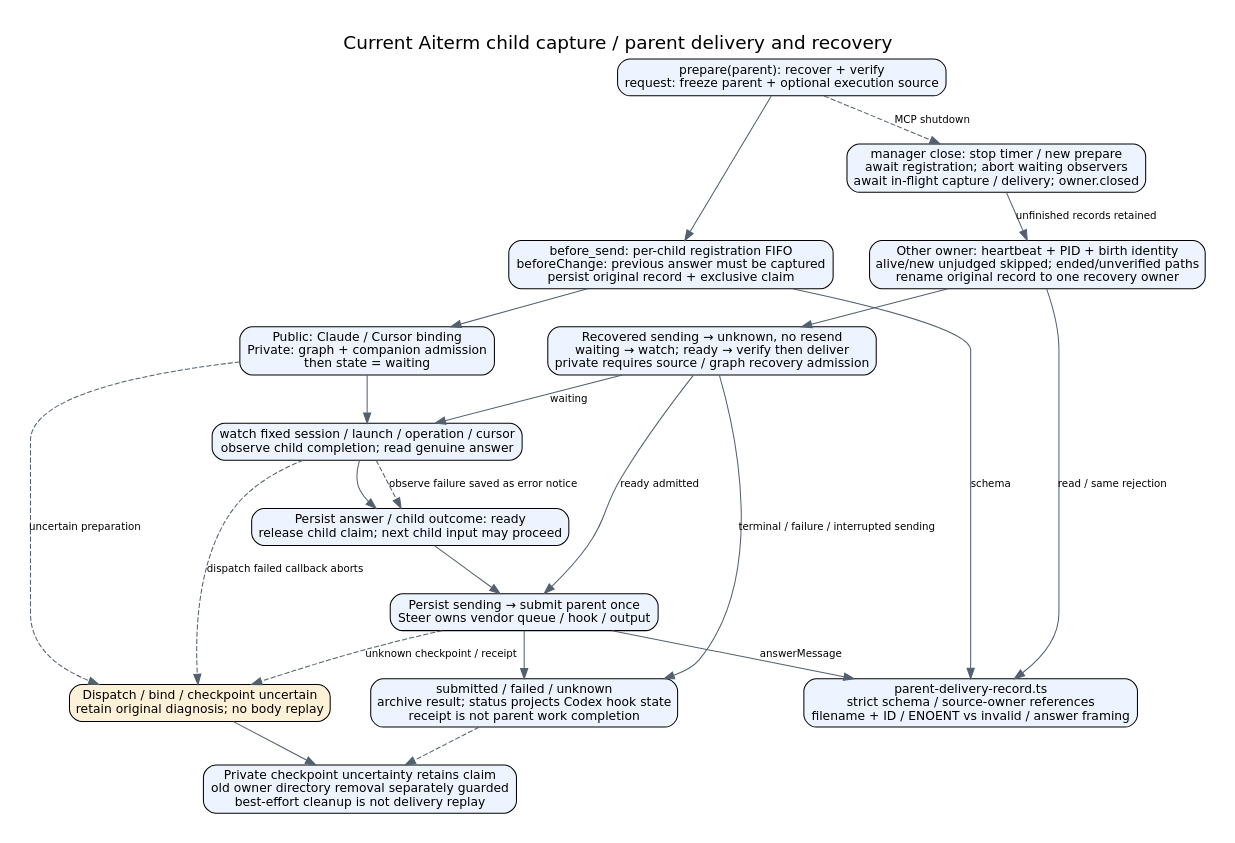
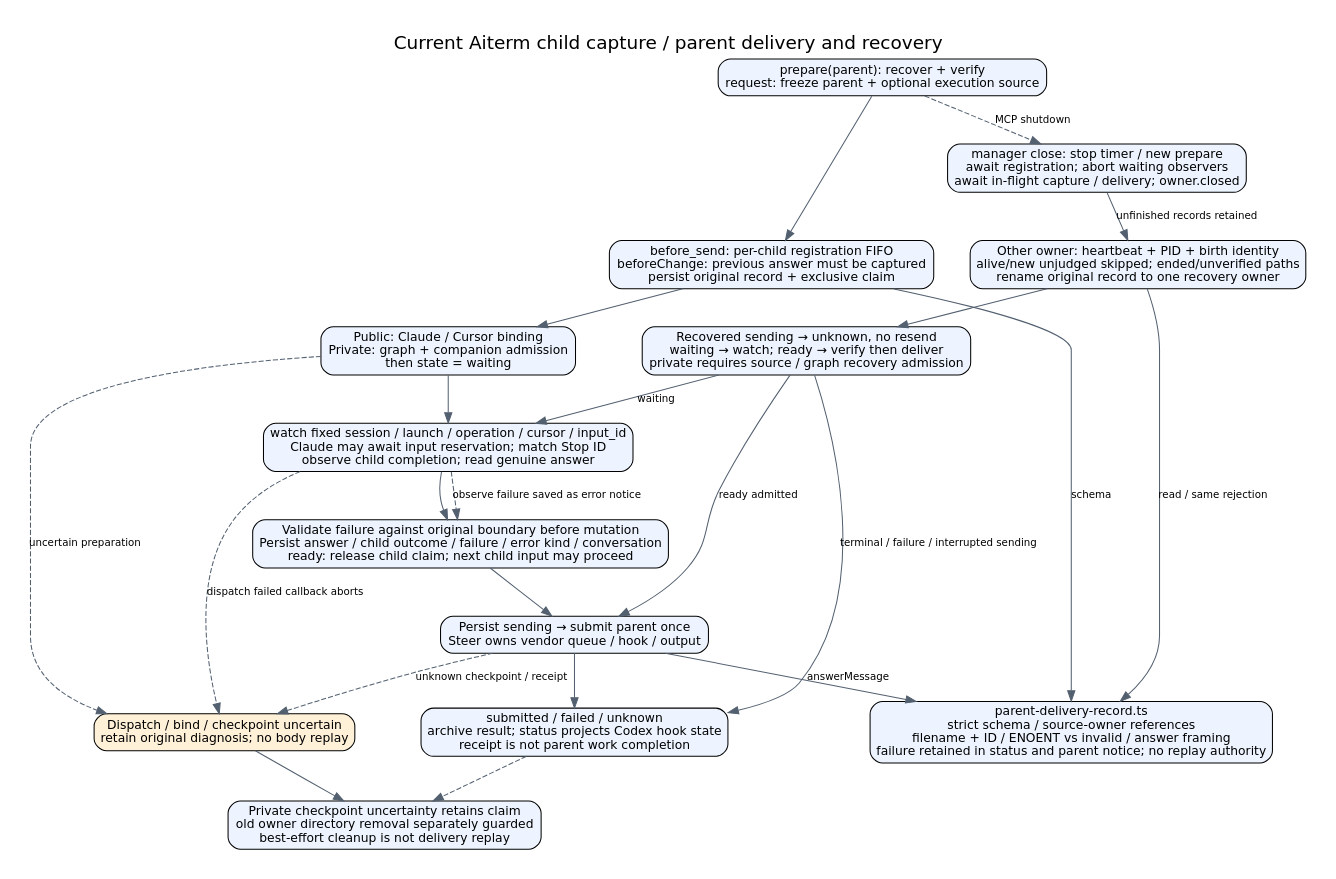
Before and after one commit to kitepon/aiterm-mcp: the diagram in docs/architecture/parent-delivery.dot, drawn with Graphviz. The commit also changed 38 other files, not shown here.

```diff
--- a/docs/architecture/parent-delivery.dot
+++ b/docs/architecture/parent-delivery.dot
@@ -1,23 +1,23 @@
 digraph parent {
  graph [rankdir=TB,bgcolor="white",pad=0.3,nodesep=0.5,ranksep=0.5,label="Current Aiterm child capture / parent delivery and recovery",labelloc=t,fontname="DejaVu Sans",fontsize=18];
  node [shape=box,style="rounded,filled",fillcolor="#edf4ff",fontname="DejaVu Sans",fontsize=12];
  edge [fontname="DejaVu Sans",fontsize=10,color="#536070"];
  request [label="prepare(parent): recover + verify\nrequest: freeze parent + optional execution source"];
  before [label="before_send: per-child registration FIFO\nbeforeChange: previous answer must be captured\npersist original record + exclusive claim"];
  bind [label="Public: Claude / Cursor binding\nPrivate: graph + companion admission\nthen state = waiting"];
- watch [label="watch fixed session / launch / operation / cursor\nobserve child completion; read genuine answer"];
- ready [label="Persist answer / child outcome: ready\nrelease child claim; next child input may proceed"];
+ watch [label="watch fixed session / launch / operation / cursor / input_id\nClaude may await input reservation; match Stop ID\nobserve child completion; read genuine answer"];
+ ready [label="Validate failure against original boundary before mutation\nPersist answer / child outcome / failure / error kind / conversation\nready: release child claim; next child input may proceed"];
  sending [label="Persist sending → submit parent once\nSteer owns vendor queue / hook / output"];
  result [label="submitted / failed / unknown\narchive result; status projects Codex hook state\nreceipt is not parent work completion"];
  unknown [label="Dispatch / bind / checkpoint uncertain\nretain original diagnosis; no body replay",fillcolor="#fff0d8"];
  close [label="manager close: stop timer / new prepare\nawait registration; abort waiting observers\nawait in-flight capture / delivery; owner.closed"];
  recover [label="Other owner: heartbeat + PID + birth identity\nalive/new unjudged skipped; ended/unverified paths\nrename original record to one recovery owner"];
  route [label="Recovered sending → unknown, no resend\nwaiting → watch; ready → verify then deliver\nprivate requires source / graph recovery admission"];
  retain [label="Private checkpoint uncertainty retains claim\nold owner directory removal separately guarded\nbest-effort cleanup is not delivery replay"];
- record [label="parent-delivery-record.ts\nstrict schema / source-owner references\nfilename + ID / ENOENT vs invalid / answer framing"];
+ record [label="parent-delivery-record.ts\nstrict schema / source-owner references\nfilename + ID / ENOENT vs invalid / answer framing\nfailure retained in status and parent notice; no replay authority"];
  before -> record [label="schema"];recover -> record [label="read / same rejection"];sending -> record [label="answerMessage"];
  request -> before;before -> bind;bind -> watch;watch -> ready;ready -> sending;sending -> result;
  bind -> unknown [label="uncertain preparation",style=dashed];watch -> ready [label="observe failure saved as error notice",style=dashed];watch -> unknown [label="dispatch failed callback aborts",style=dashed];
  sending -> unknown [label="unknown checkpoint / receipt",style=dashed];unknown -> retain;
  request -> close [style=dashed,label="MCP shutdown"];close -> recover [label="unfinished records retained"];recover -> route;route -> watch [label="waiting"];route -> sending [label="ready admitted"];route -> result [label="terminal / failure / interrupted sending"];result -> retain [style=dashed];
 }
```
